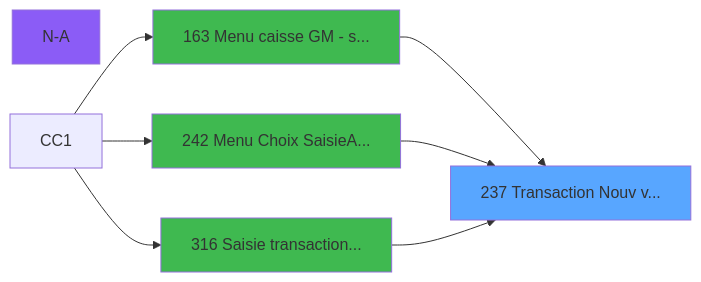
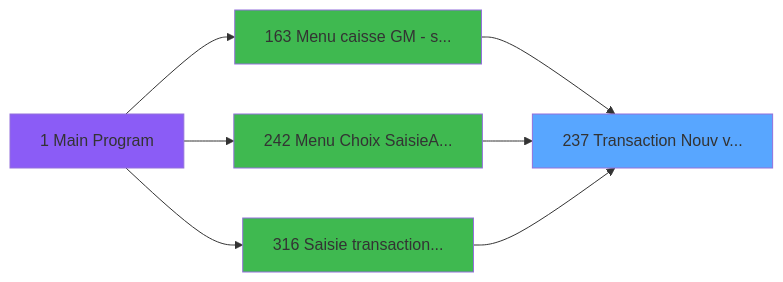
The third of 4 diagrams in .openspec/specs/ADH-IDE-237.md (thonyAGP/lecteur-magic), drawn with Mermaid before and after one commit. The commit also changed other lines of this file and 9 other files, not shown here.

````diff
--- a/.openspec/specs/ADH-IDE-237.md
+++ b/.openspec/specs/ADH-IDE-237.md
@@ -1200,19 +1203,19 @@
 ```mermaid
 graph LR
     T237[237 Transaction Nouv v...]
     style T237 fill:#58a6ff
-    CC[N-A]
-    style CC fill:#8b5cf6
+    CC1[1 Main Program]
+    style CC1 fill:#8b5cf6
     CC163[163 Menu caisse GM - s...]
     style CC163 fill:#3fb950
-    CC1 --> CC163
-    CC163 --> T237
+    CC316[316 Saisie transaction...]
+    style CC316 fill:#3fb950
     CC242[242 Menu Choix SaisieA...]
     style CC242 fill:#3fb950
+    CC1 --> CC163
     CC1 --> CC242
+    CC1 --> CC316
+    CC163 --> T237
     CC242 --> T237
-    CC316[316 Saisie transaction...]
-    style CC316 fill:#3fb950
-    CC1 --> CC316
     CC316 --> T237
 ```
````
